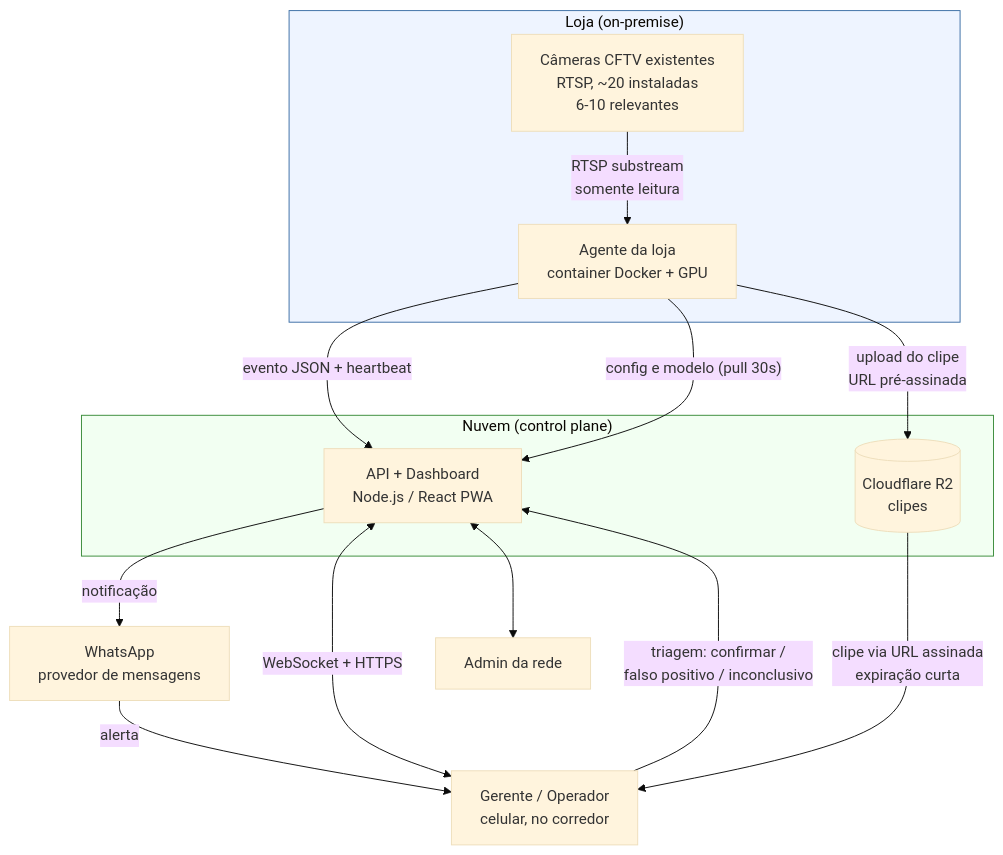
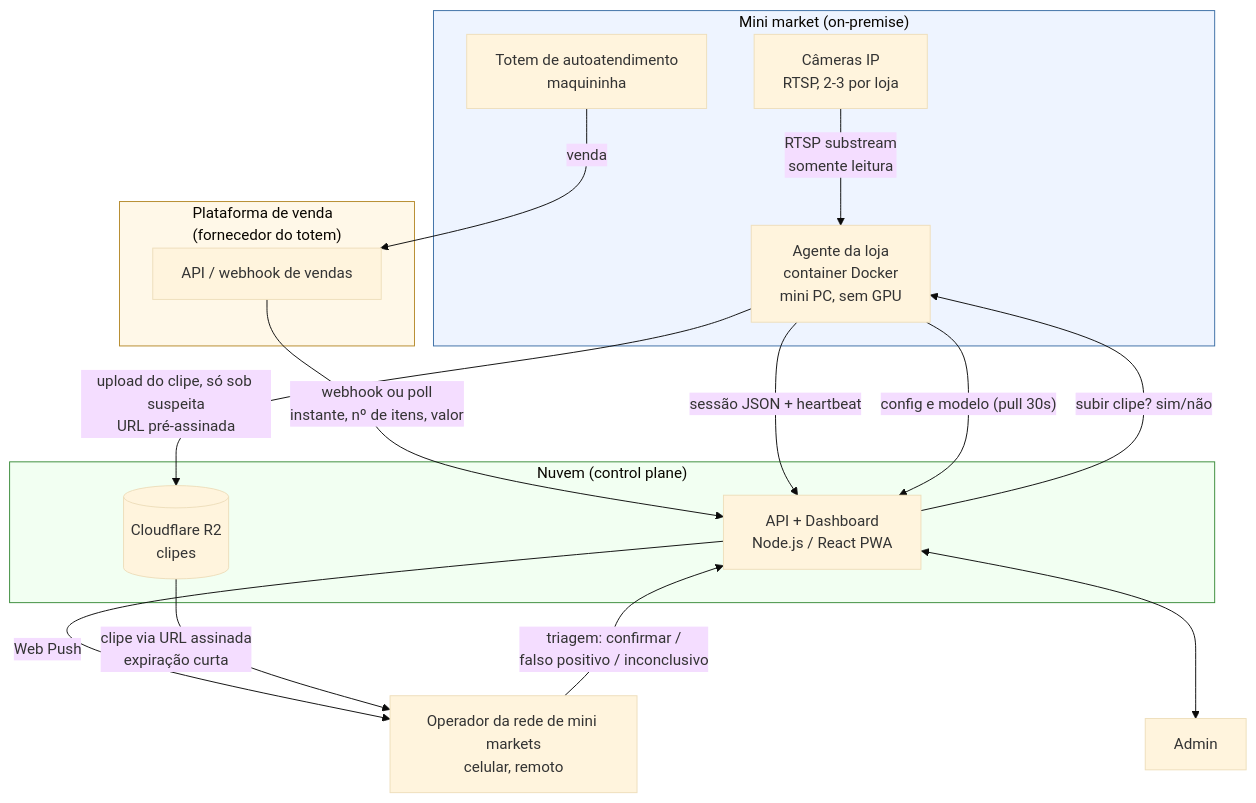
One commit to AlexandrePachecoo/lince changed the first of 5 diagrams in docs/arquitetura.md. Above: the diagram before and after it, drawn with Mermaid (base theme). The commit also changed other lines of this file and 3 other files, not shown here.

First line of the commit message:
Arquitetura muda o foco para mini markets autônomos de condomínio

````diff
--- a/docs/arquitetura.md
+++ b/docs/arquitetura.md
@@ -74,30 +110,36 @@
 ```mermaid
 flowchart TB
-    subgraph LOJA["Loja (on-premise)"]
-        CAM["Câmeras CFTV existentes<br/>RTSP, ~20 instaladas<br/>6-10 relevantes"]
-        AGENTE["Agente da loja<br/>container Docker + GPU"]
+    subgraph LOJA["Mini market (on-premise)"]
+        CAM["Câmeras IP<br/>RTSP, 2-3 por loja"]
+        AGENTE["Agente da loja<br/>container Docker<br/>mini PC, sem GPU"]
+        TOTEM["Totem de autoatendimento<br/>maquininha"]
+    end
+
+    subgraph PLAT["Plataforma de venda<br/>(fornecedor do totem)"]
+        VENDAS["API / webhook de vendas"]
     end
 
     subgraph NUVEM["Nuvem (control plane)"]
         API["API + Dashboard<br/>Node.js / React PWA"]
         R2[("Cloudflare R2<br/>clipes")]
     end
 
-    OP["Gerente / Operador<br/>celular, no corredor"]
-    ADM["Admin da rede"]
-    WA["WhatsApp<br/>provedor de mensagens"]
+    OP["Operador da rede de mini markets<br/>celular, remoto"]
+    ADM["Admin"]
 
     CAM -->|"RTSP substream<br/>somente leitura"| AGENTE
-    AGENTE -->|"evento JSON + heartbeat"| API
+    TOTEM -->|"venda"| VENDAS
+    VENDAS -->|"webhook ou poll<br/>instante, nº de itens, valor"| API
+    AGENTE -->|"sessão JSON + heartbeat"| API
     AGENTE -->|"config e modelo (pull 30s)"| API
-    AGENTE -->|"upload do clipe<br/>URL pré-assinada"| R2
-    API -->|"notificação"| WA
-    WA -->|"alerta"| OP
-    API <-->|"WebSocket + HTTPS"| OP
-    API <--> ADM
+    API -->|"subir clipe? sim/não"| AGENTE
+    AGENTE -->|"upload do clipe, só sob suspeita<br/>URL pré-assinada"| R2
+    API -->|"Web Push"| OP
     OP -->|"triagem: confirmar /<br/>falso positivo / inconclusivo"| API
     R2 -->|"clipe via URL assinada<br/>expiração curta"| OP
+    API <--> ADM
 
     style LOJA fill:#eef4ff,stroke:#3b6ea5
     style NUVEM fill:#f2fff2,stroke:#3a8c3a
+    style PLAT fill:#fff8e8,stroke:#b58a2a
 ```
````
